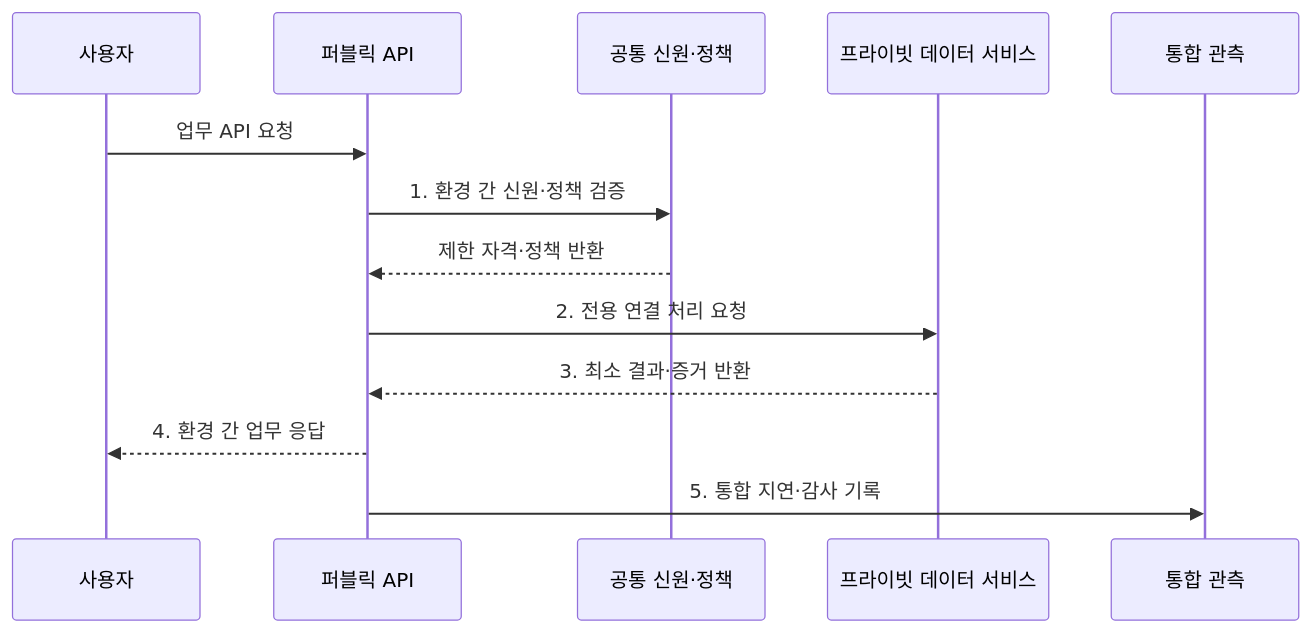
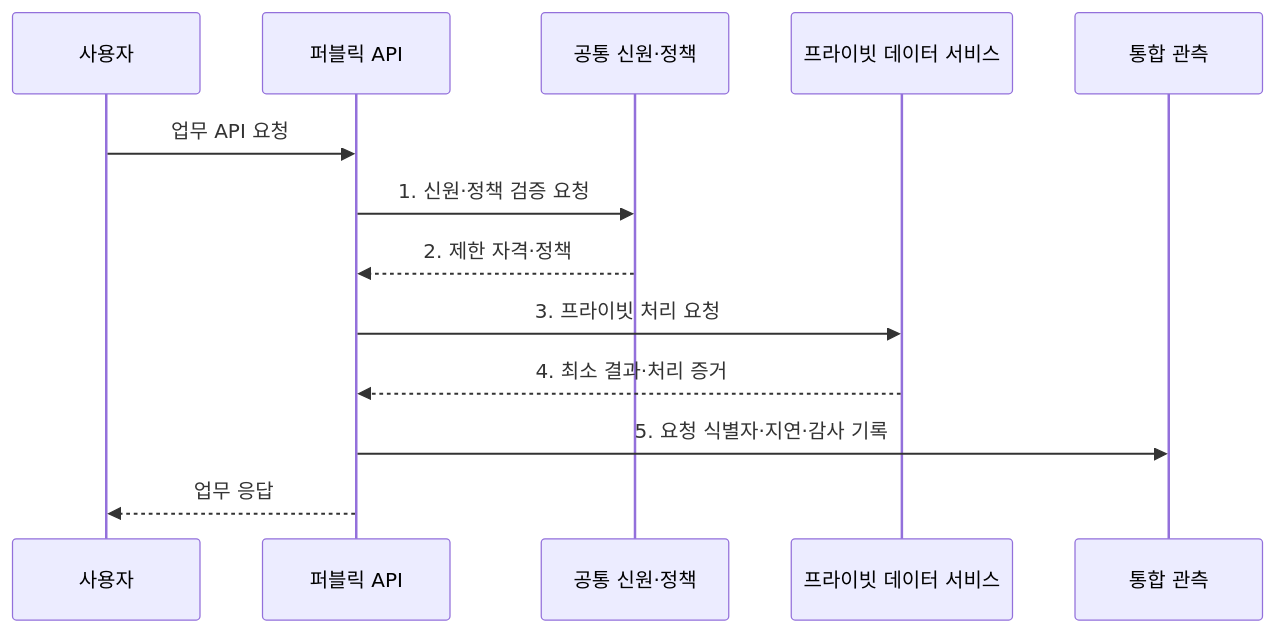
One commit to agnusdei1207/knowledge-base changed the second of 2 diagrams in src/content/docs/notes/03-software/142_cloud_deployment_models.md. Above: the diagram before and after it, drawn with Mermaid. The commit also changed other lines of this file and 20 other files, not shown here.

````diff
--- a/src/content/docs/notes/03-software/142_cloud_deployment_models.md
+++ b/src/content/docs/notes/03-software/142_cloud_deployment_models.md
@@ -80,15 +85,15 @@
 ```mermaid
 sequenceDiagram
     participant U as 사용자
     participant P as 퍼블릭 API
     participant I as 공통 신원·정책
     participant R as 프라이빗 데이터 서비스
     participant O as 통합 관측
     U->>P: 업무 API 요청
-    P->>I: 1. 환경 간 신원·정책 검증
-    I-->>P: 제한 자격·정책 반환
-    P->>R: 2. 전용 연결 처리 요청
-    R-->>P: 3. 최소 결과·증거 반환
-    P-->>U: 4. 환경 간 업무 응답
-    P->>O: 5. 통합 지연·감사 기록
+    P->>I: 1. 신원·정책 검증 요청
+    I-->>P: 2. 제한 자격·정책
+    P->>R: 3. 프라이빗 처리 요청
+    R-->>P: 4. 최소 결과·처리 증거
+    P->>O: 5. 요청 식별자·지연·감사 기록
+    P-->>U: 업무 응답
 ```
````
